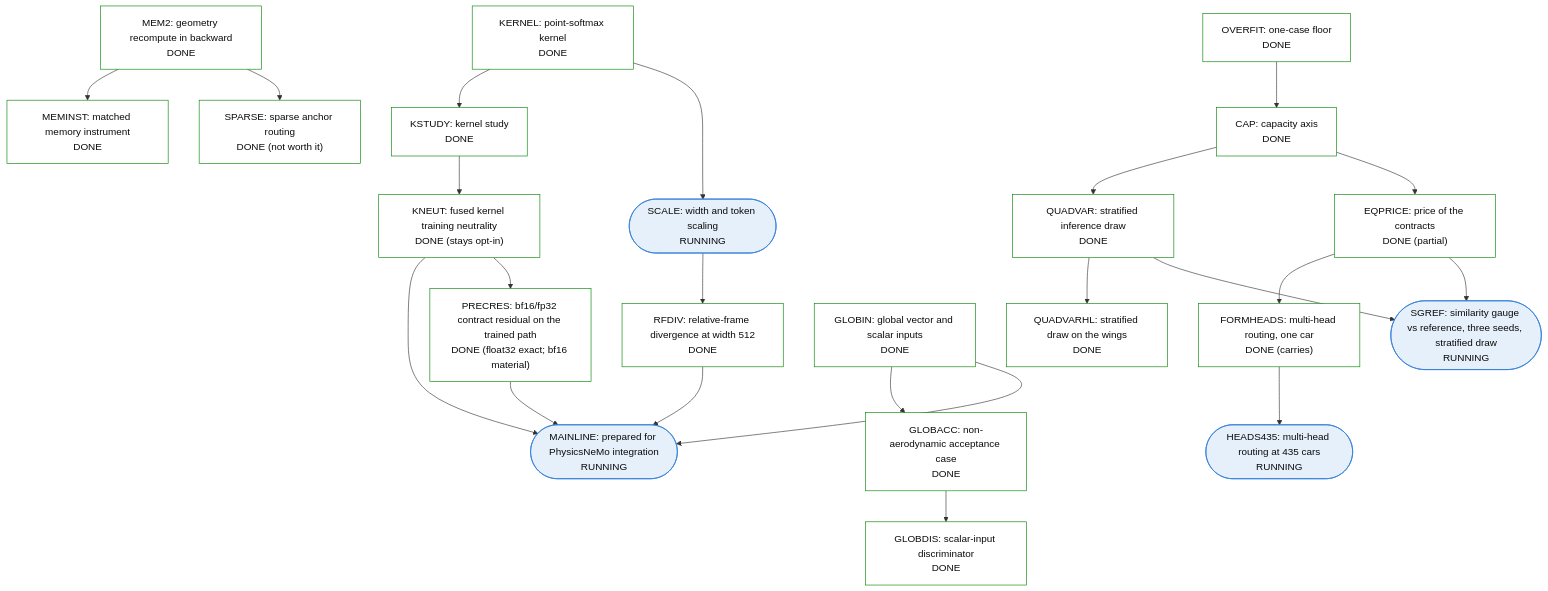
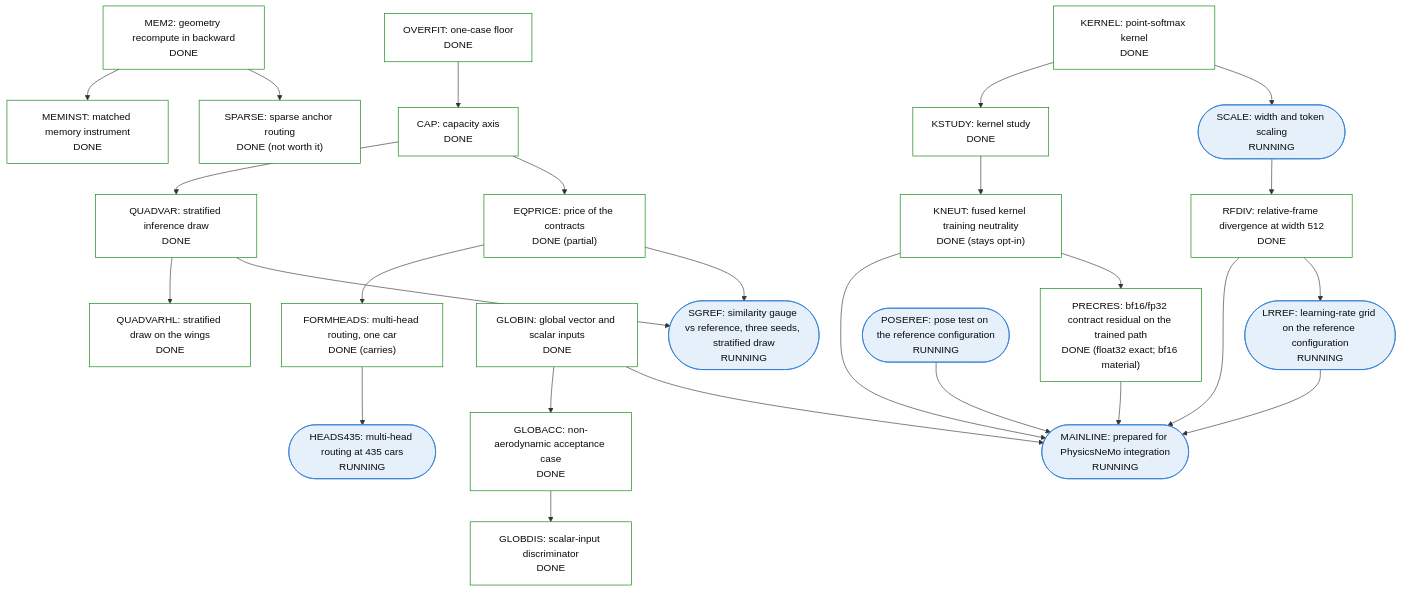
Before and after one commit to peterdsharpe/physicsnemo: the fifth of 5 diagrams in examples/cfd/mesh_transformer/book/13-program-status.qmd, drawn with Mermaid. The commit also changed other lines of this file and 13 other files, not shown here.

````diff
--- a/examples/cfd/mesh_transformer/book/13-program-status.qmd
+++ b/examples/cfd/mesh_transformer/book/13-program-status.qmd
@@ -281,53 +281,58 @@
 ```{mermaid}
 %%| fig-cap: >
 %%|   Sub-tree 5: cost, scale, deficit anatomy and mainline. HEADS435 is the
 %%|   one node RUNNING with a bar that could change the reference
 %%|   configuration; MAINLINE is the productization node.
 flowchart TB
     classDef done fill:#ffffff,stroke:#008300,color:#0b0b0b
     classDef running fill:#e6f0fb,stroke:#2a78d6,color:#0b0b0b
     classDef planned fill:#ffffff,stroke:#898781,color:#0b0b0b,stroke-dasharray:4 3
     classDef stopped fill:#f4f3ee,stroke:#52514e,color:#0b0b0b
     MEM2["MEM2: geometry recompute in backward<br/>DONE"]:::done
     MEMINST["MEMINST: matched memory instrument<br/>DONE"]:::done
     SPARSE["SPARSE: sparse anchor routing<br/>DONE (not worth it)"]:::done
     KERNEL["KERNEL: point-softmax kernel<br/>DONE"]:::done
     KSTUDY["KSTUDY: kernel study<br/>DONE"]:::done
     KNEUT["KNEUT: fused kernel training neutrality<br/>DONE (stays opt-in)"]:::done
     SCALE(["SCALE: width and token scaling<br/>RUNNING"]):::running
     RFDIV["RFDIV: relative-frame divergence at width 512<br/>DONE"]:::done
     OVERFIT["OVERFIT: one-case floor<br/>DONE"]:::done
     CAP["CAP: capacity axis<br/>DONE"]:::done
     QUADVAR["QUADVAR: stratified inference draw<br/>DONE"]:::done
     QUADVARHL["QUADVARHL: stratified draw on the wings<br/>DONE"]:::done
     EQPRICE["EQPRICE: price of the contracts<br/>DONE (partial)"]:::done
     FORMHEADS["FORMHEADS: multi-head routing, one car<br/>DONE (carries)"]:::done
     HEADS435(["HEADS435: multi-head routing at 435 cars<br/>RUNNING"]):::running
     GLOBIN["GLOBIN: global vector and scalar inputs<br/>DONE"]:::done
     GLOBACC["GLOBACC: non-aerodynamic acceptance case<br/>DONE"]:::done
     GLOBDIS["GLOBDIS: scalar-input discriminator<br/>DONE"]:::done
     MAINLINE(["MAINLINE: prepared for PhysicsNeMo integration<br/>RUNNING"]):::running
     PRECRES["PRECRES: bf16/fp32 contract residual on the trained path<br/>DONE (float32 exact; bf16 material)"]:::done
     SGREF(["SGREF: similarity gauge vs reference, three seeds, stratified draw<br/>RUNNING"]):::running
+    POSEREF(["POSEREF: pose test on the reference configuration<br/>RUNNING"]):::running
+    LRREF(["LRREF: learning-rate grid on the reference configuration<br/>RUNNING"]):::running
     MEM2 --> MEMINST
     MEM2 --> SPARSE
     KERNEL --> KSTUDY
     KSTUDY --> KNEUT
     KERNEL --> SCALE
     SCALE --> RFDIV
     OVERFIT --> CAP
     CAP --> QUADVAR
     QUADVAR --> QUADVARHL
     CAP --> EQPRICE
     EQPRICE --> FORMHEADS
     FORMHEADS --> HEADS435
     GLOBIN --> GLOBACC
     GLOBACC --> GLOBDIS
     GLOBIN --> MAINLINE
     RFDIV --> MAINLINE
     KNEUT --> MAINLINE
     KNEUT --> PRECRES
     PRECRES --> MAINLINE
     QUADVAR --> SGREF
     EQPRICE --> SGREF
+    RFDIV --> LRREF
+    POSEREF --> MAINLINE
+    LRREF --> MAINLINE
 ```
````
